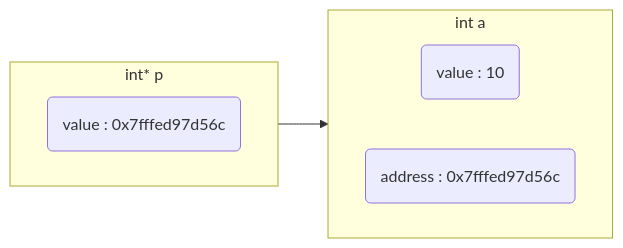
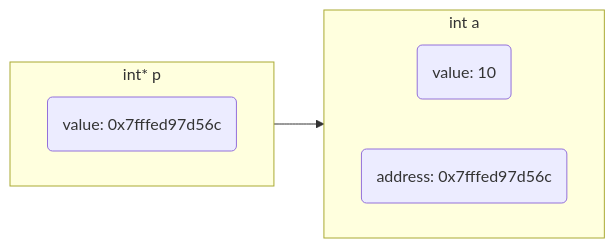
One commit to dmjcb/dmjcb.github.io changed the third of 11 diagrams in _posts/language/c_c++/pointer/2022-01-08-指针.md. Above: the diagram before and after it, drawn with Mermaid. The commit also changed other lines of this file and 17 other files, not shown here.

````diff
--- a/_posts/language/c_c++/pointer/2022-01-08-指针.md
+++ b/_posts/language/c_c++/pointer/2022-01-08-指针.md
@@ -68,13 +107,13 @@
 ```mermaid
 graph LR;
     subgraph S1[int a]
         direction LR
-        V2(value : 10)
-        A2(address : 0x7fffed97d56c)
+        V2(value: 10)
+        A2(address: 0x7fffed97d56c)
     end
     subgraph S2[int* p]
         direction LR
-        V1(value : 0x7fffed97d56c)
+        V1(value: 0x7fffed97d56c)
     end
-    V1-->S1
+    V1-->A2
 ```
````
